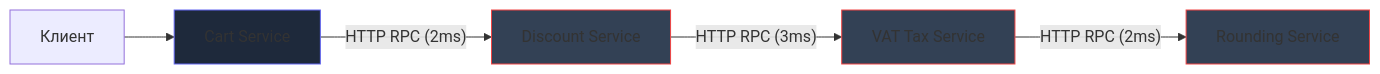
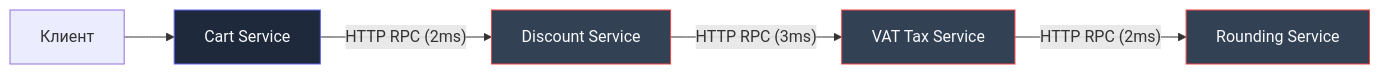
One commit to UnrealTemplier/go-textbook changed the second of 3 diagrams in sources/14. Распределенные системы на Go/09. Паттерны/7. Anti patterns микросервисов.md. Above: the diagram before and after it, drawn with Mermaid. The commit also changed other lines of this file and 310 other files, not shown here.

First line of the commit message:
fix(mermaid): replace light fill colors with dark palette for readability on dark theme

````diff
--- a/sources/14. Распределенные системы на Go/09. Паттерны/7. Anti patterns микросервисов.md
+++ b/sources/14. Распределенные системы на Go/09. Паттерны/7. Anti patterns микросервисов.md
@@ -57,12 +57,12 @@
 ```mermaid
 flowchart LR
     Client["Клиент"] --> S1["Cart Service"]
     S1 -->|"HTTP RPC (2ms)"| S2["Discount Service"]
     S2 -->|"HTTP RPC (3ms)"| S3["VAT Tax Service"]
     S3 -->|"HTTP RPC (2ms)"| S4["Rounding Service"]
     
-    style S1 fill:#1e293b,stroke:#6366f1
-    style S2 fill:#334155,stroke:#ef4444
-    style S3 fill:#334155,stroke:#ef4444
-    style S4 fill:#334155,stroke:#ef4444
+    style S1 fill:#1e293b,stroke:#6366f1,color:#f8fafc
+    style S2 fill:#334155,stroke:#ef4444,color:#f8fafc
+    style S3 fill:#334155,stroke:#ef4444,color:#f8fafc
+    style S4 fill:#334155,stroke:#ef4444,color:#f8fafc
 ```
````
